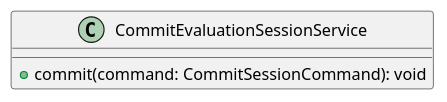
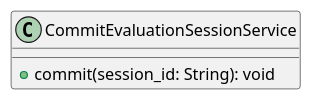
One commit to GroupRubberDuck/Documentazione changed the diagram in src/PB/DocumentazioneEsterna/Specifica_Tecnica/content/uml/puml/Diagrammi_classi/Backend/ApplicationServices/CommitEvaluationSessionService.puml. Above: the diagram before and after it, drawn with PlantUML. The commit also changed 75 other files, not shown here.

Commit message:
Feat: applicate correzioni a tutti i diagrammi con le indicazioni di Cardin, riordino cartella

```diff
--- a/src/PB/DocumentazioneEsterna/Specifica_Tecnica/content/uml/puml/Diagrammi_classi/Backend/ApplicationServices/CommitEvaluationSessionService.puml
+++ b/src/PB/DocumentazioneEsterna/Specifica_Tecnica/content/uml/puml/Diagrammi_classi/Backend/ApplicationServices/CommitEvaluationSessionService.puml
@@ -1,7 +1,7 @@
 @startuml CommitEvaluationSessionService
 
 class CommitEvaluationSessionService {
-    + commit(command: CommitSessionCommand): void
+    + commit(session_id: String): void
 }
 
 @enduml
```
